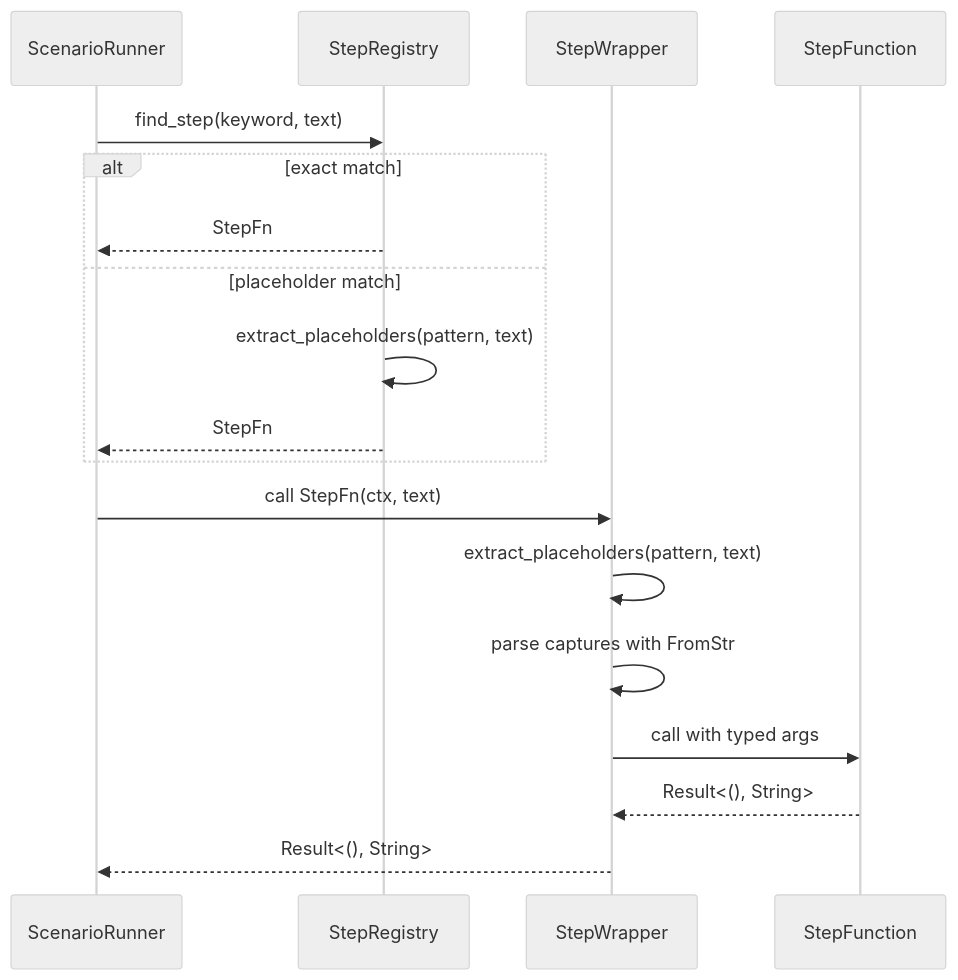
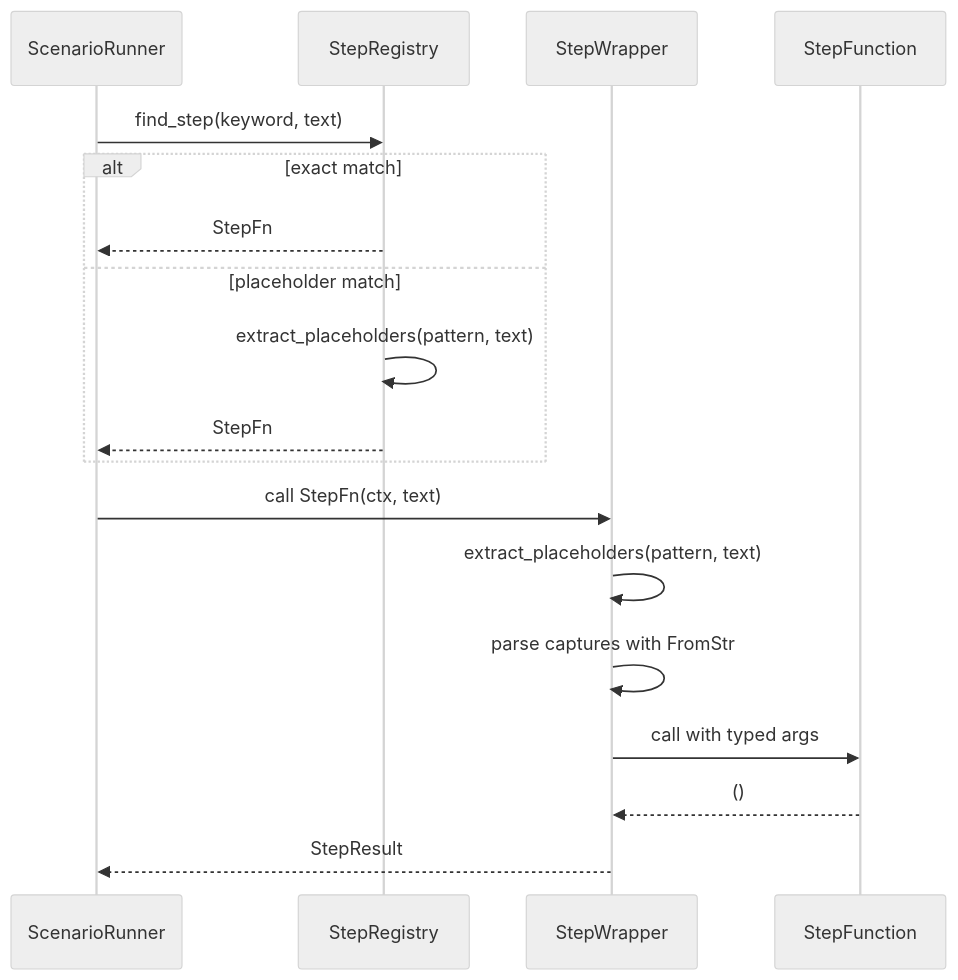
Before and after one commit to leynos/rstest-bdd: the third of 3 diagrams in docs/rstest-bdd-design.md, drawn with Mermaid (neutral theme). The commit also changed other lines of this file and 6 other files, not shown here.

````diff
--- a/docs/rstest-bdd-design.md
+++ b/docs/rstest-bdd-design.md
@@ -876,21 +876,21 @@
 ```mermaid
 sequenceDiagram
     participant ScenarioRunner
     participant StepRegistry
     participant StepWrapper
     participant StepFunction
 
     ScenarioRunner->>StepRegistry: find_step(keyword, text)
     alt exact match
         StepRegistry-->>ScenarioRunner: StepFn
     else placeholder match
         StepRegistry->>StepRegistry: extract_placeholders(pattern, text)
         StepRegistry-->>ScenarioRunner: StepFn
     end
     ScenarioRunner->>StepWrapper: call StepFn(ctx, text)
     StepWrapper->>StepWrapper: extract_placeholders(pattern, text)
     StepWrapper->>StepWrapper: parse captures with FromStr
     StepWrapper->>StepFunction: call with typed args
-    StepFunction-->>StepWrapper: Result<(), String>
-    StepWrapper-->>ScenarioRunner: Result<(), String>
+    StepFunction-->>StepWrapper: ()
+    StepWrapper-->>ScenarioRunner: StepResult
 ```
````
